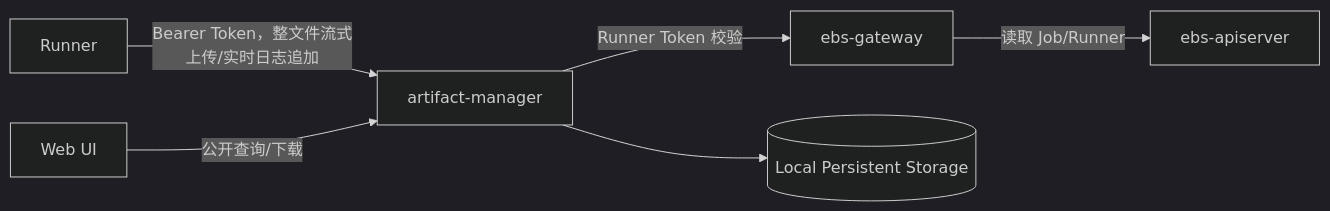
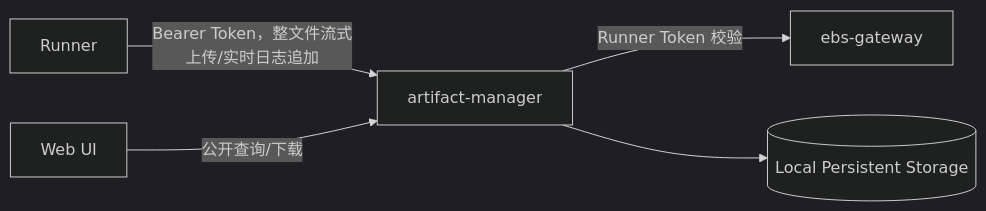
One commit to openeuler-mirror/EulerMaker changed the diagram in docs/zh/design/artifact-manager.md. Above: the diagram before and after it, drawn with Mermaid (dark theme). The commit also changed other lines of this file and 21 other files, not shown here.

````diff
--- a/docs/zh/design/artifact-manager.md
+++ b/docs/zh/design/artifact-manager.md
@@ -29,8 +28,7 @@
 ```mermaid
 graph LR
     R[Runner] -->|Bearer Token，整文件流式上传/实时日志追加| AM[artifact-manager]
     AM -->|Runner Token 校验| G[ebs-gateway]
-    G -->|读取 Job/Runner| API[ebs-apiserver]
     AM --> FS[(Local Persistent Storage)]
     UI[Web UI] -->|公开查询/下载| AM
 ```
````
